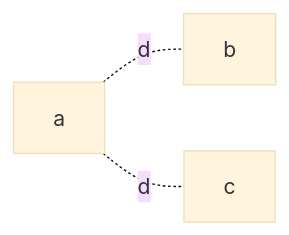
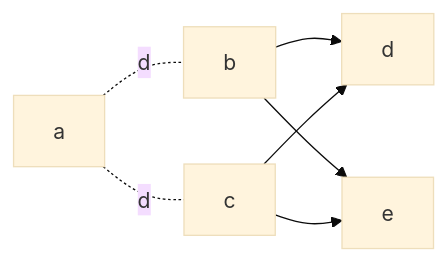
Before and after one commit to tbillington/dory: the third of 3 diagrams in README.md, drawn with Mermaid (base theme). The commit also changed other lines of this file, not shown here.

````diff
--- a/README.md
+++ b/README.md
@@ -49,4 +51,4 @@
 ```mermaid
 flowchart LR
-    a -.- |d| b & c
+    a -.- |d| b & c --> d & e
 ```
````
